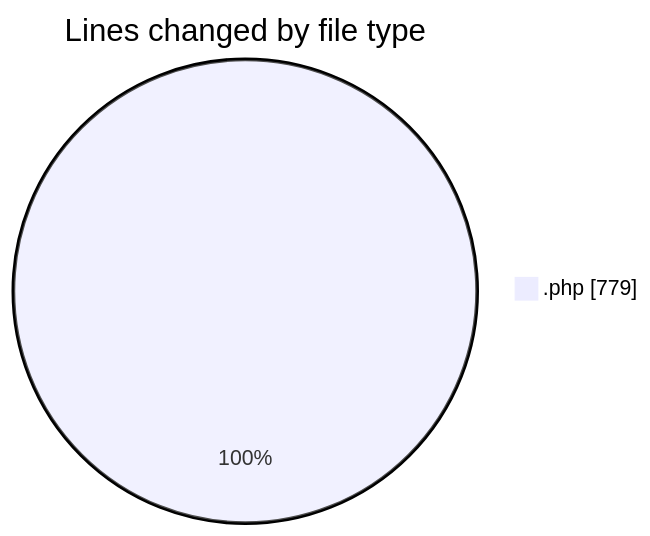
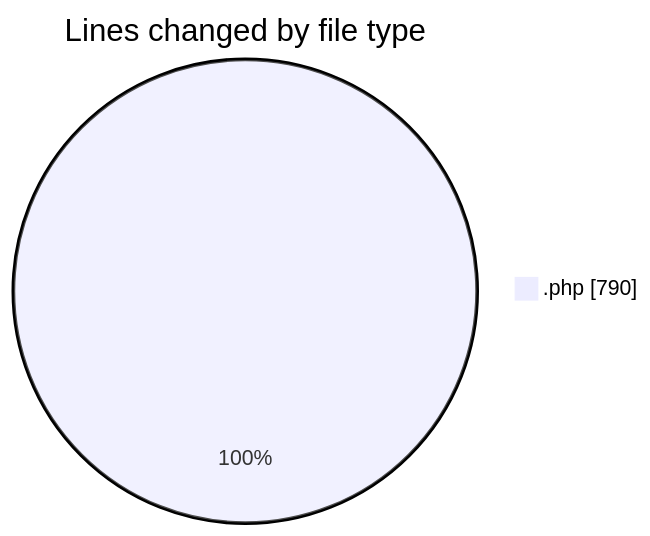
One commit to debugP/code-tracking changed the first of 2 diagrams in 2025-10-14/untitled__workspace_/README.md. Above: the diagram before and after it, drawn with Mermaid. The commit also changed other lines of this file and 1 other file, not shown here.

````diff
--- a/2025-10-14/untitled__workspace_/README.md
+++ b/2025-10-14/untitled__workspace_/README.md
@@ -20,5 +20,5 @@
 ```mermaid
 pie showData
 title Lines changed by file type
-".php" : 779
+".php" : 790
 ```
````
